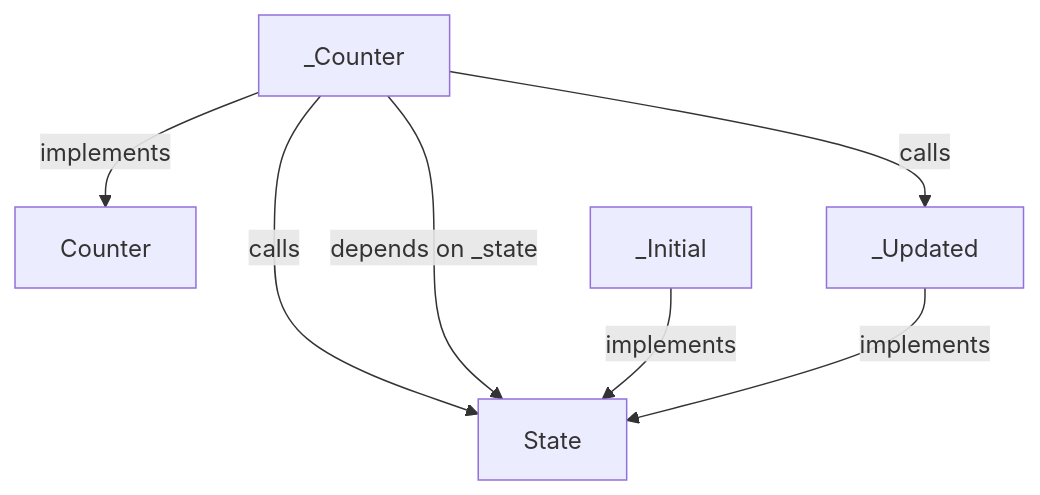
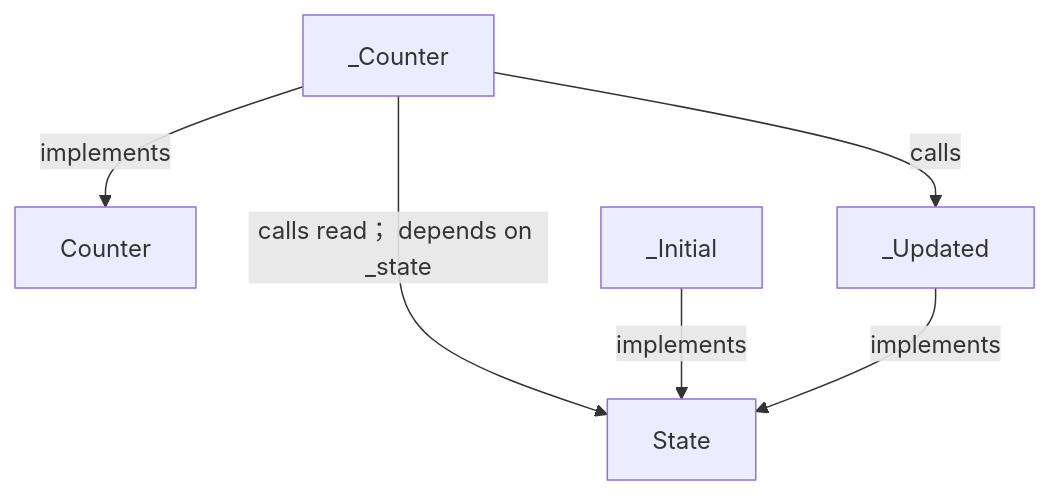
The first of 3 diagrams in docs/examples/approved-design/counters-diagrams.md (GreenPandaStudios/augscript), drawn with Mermaid before and after one commit. The commit also changed other lines of this file and 304 other files, not shown here.

Commit message:
Make generated data-flow sequences concise and review every diagram

````diff
--- a/docs/examples/approved-design/counters-diagrams.md
+++ b/docs/examples/approved-design/counters-diagrams.md
@@ -19,14 +19,13 @@
 ```mermaid
 flowchart TD
     n0["Counter"]
     n1["State"]
     n2["_Counter"]
     n3["_Initial"]
     n4["_Updated"]
     n2 -->|"implements"| n0
-    n2 -->|"calls"| n1
-    n2 -->|"depends on _state"| n1
+    n2 -->|"calls read； depends on _state"| n1
     n2 -->|"calls"| n4
     n3 -->|"implements"| n1
     n4 -->|"implements"| n1
 ```
````
